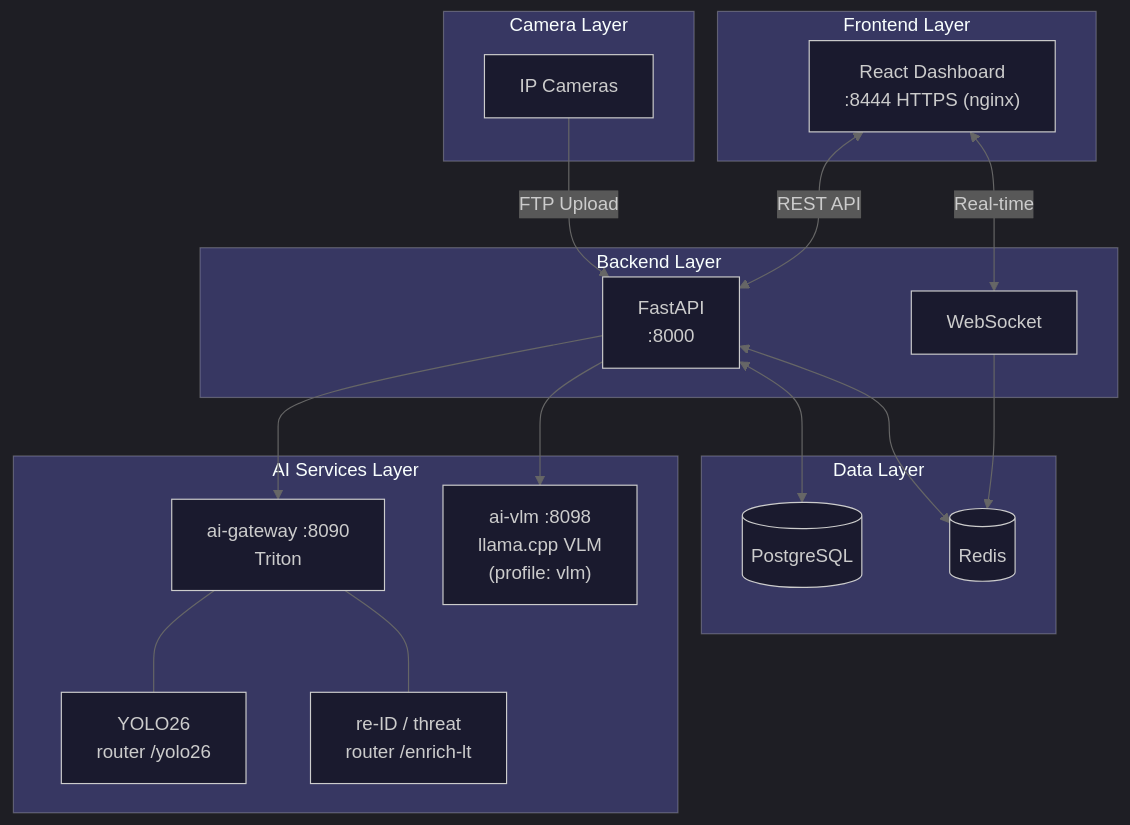
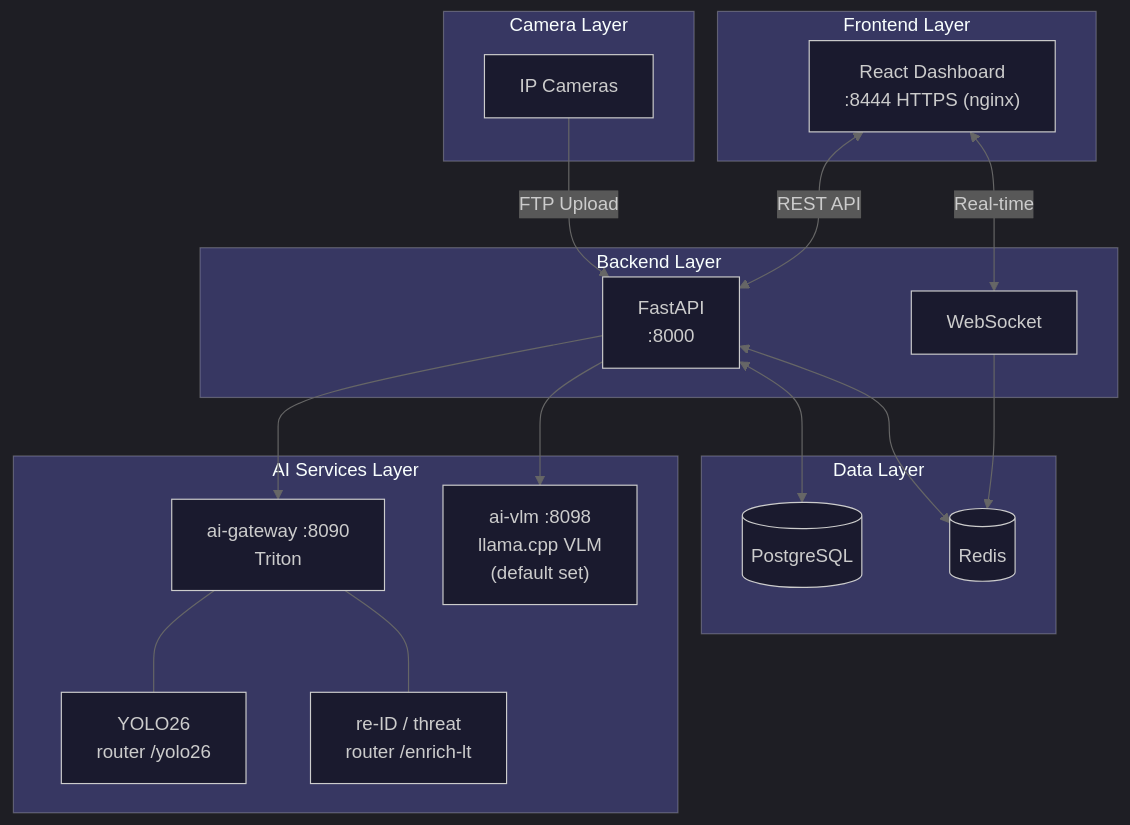
The diagram in docs/README.md (mikesvoboda/nemotron-v3-home-security-intelligence), drawn with Mermaid before and after one commit. The commit also changed 14 other files, not shown here.

First line of the commit message:
docs(ops): the default up starts ai-vlm, everywhere the repo says so

````diff
--- a/docs/README.md
+++ b/docs/README.md
@@ -9,51 +9,51 @@
 ```mermaid
 %%{init: {
   'theme': 'dark',
   'themeVariables': {
     'primaryColor': '#3B82F6',
     'primaryTextColor': '#FFFFFF',
     'primaryBorderColor': '#60A5FA',
     'secondaryColor': '#A855F7',
     'tertiaryColor': '#009688',
     'background': '#121212',
     'mainBkg': '#1a1a2e',
     'lineColor': '#666666'
   }
 }}%%
 flowchart TB
     subgraph Cameras["Camera Layer"]
         CAM[IP Cameras]
     end
 
     subgraph Frontend["Frontend Layer"]
         UI["React Dashboard<br/>:8444 HTTPS (nginx)"]
     end
 
     subgraph Backend["Backend Layer"]
         API["FastAPI<br/>:8000"]
         WS["WebSocket"]
     end
 
     subgraph AI["AI Services Layer"]
         GW["ai-gateway :8090<br/>Triton"]
         YOLO["YOLO26<br/>router /yolo26"]
         LT["re-ID / threat<br/>router /enrich-lt"]
-        VLM["ai-vlm :8098<br/>llama.cpp VLM<br/>(profile: vlm)"]
+        VLM["ai-vlm :8098<br/>llama.cpp VLM<br/>(default set)"]
     end
 
     subgraph Data["Data Layer"]
         DB[(PostgreSQL)]
         REDIS[(Redis)]
     end
 
     CAM -->|FTP Upload| API
     UI <-->|REST API| API
     UI <-->|Real-time| WS
     API --> GW
     API --> VLM
     GW --- YOLO
     GW --- LT
     API <--> DB
     API <--> REDIS
     WS --> REDIS
 ```
````
